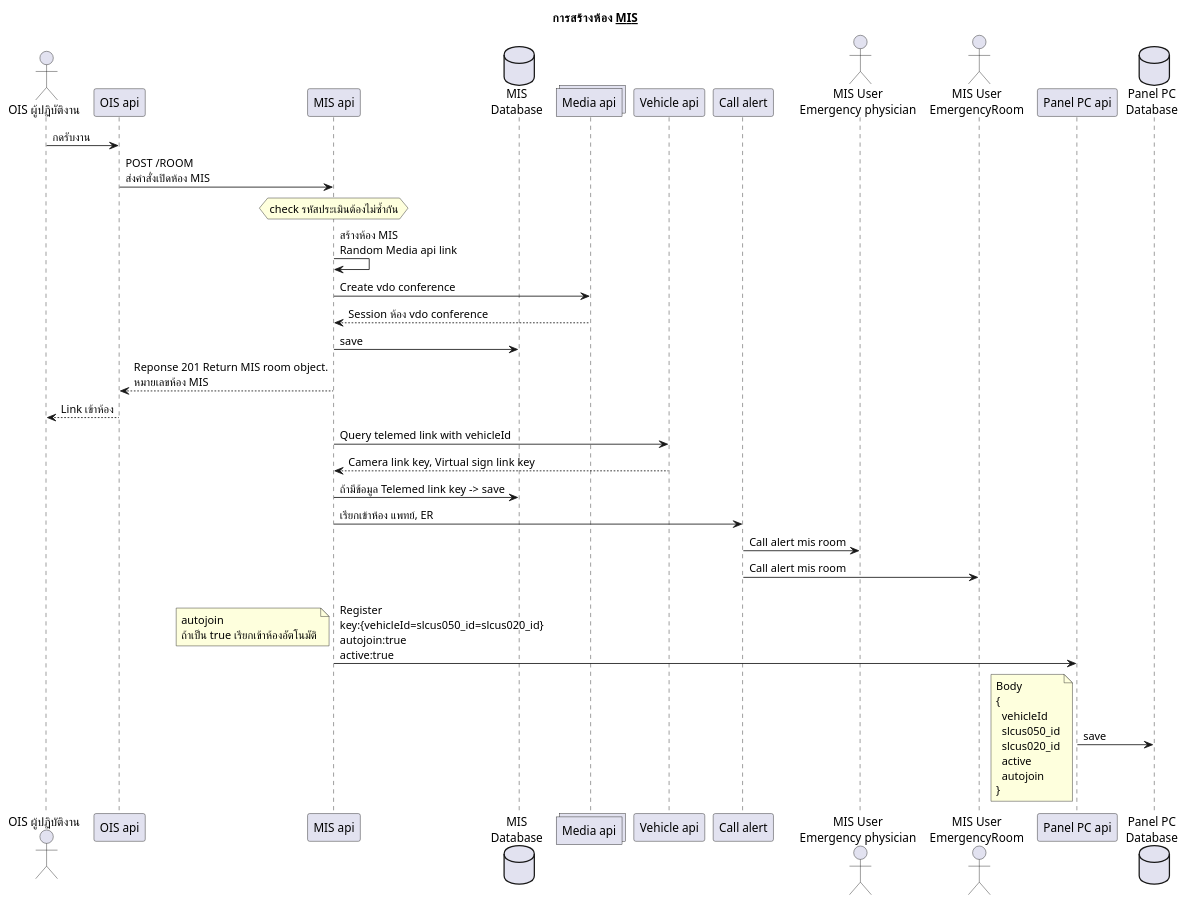
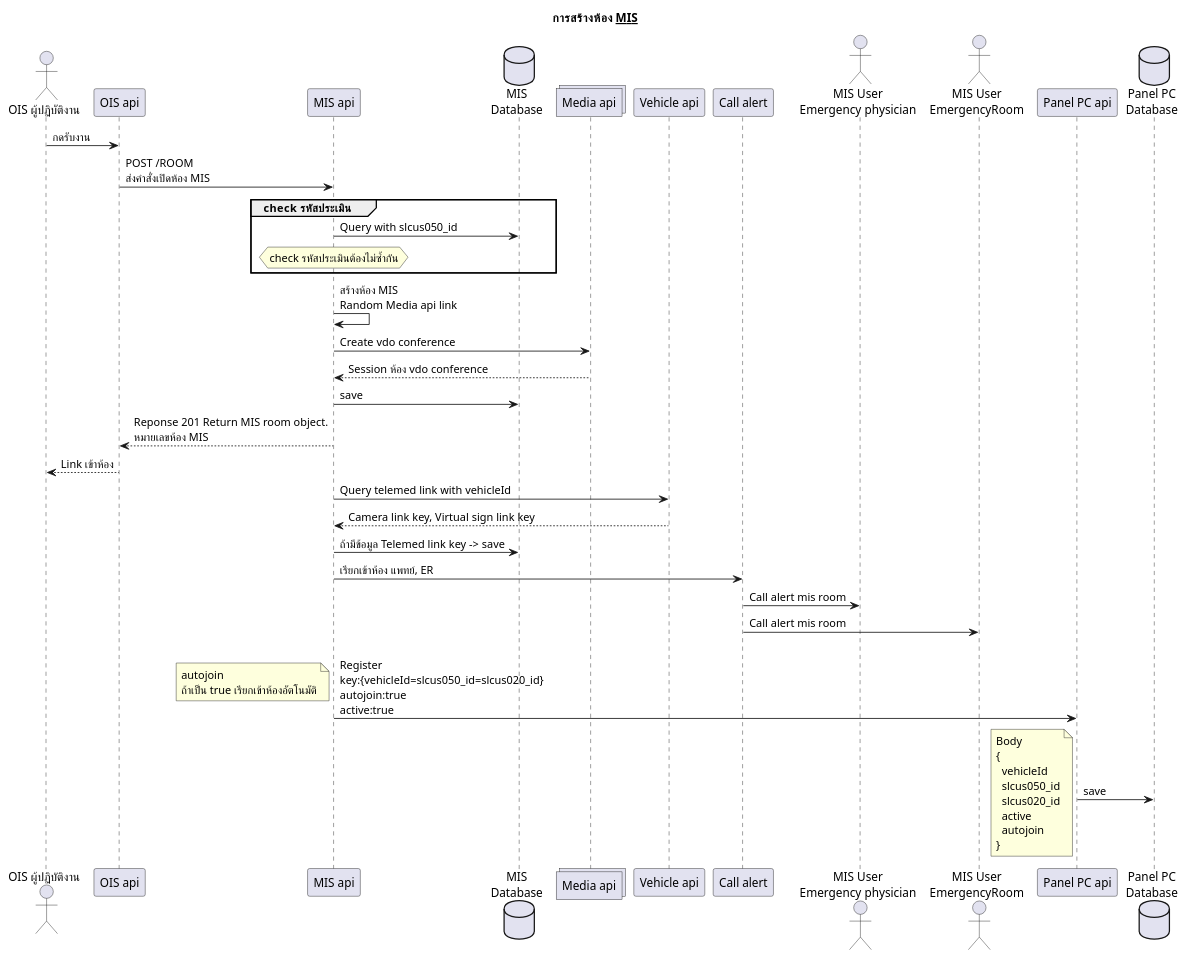
Before and after one commit to lionants02/mis-api-doc: the diagram in uml/new_create_mis.plantuml, drawn with PlantUML. The commit also changed 2 other files, not shown here.

```diff
--- a/uml/new_create_mis.plantuml
+++ b/uml/new_create_mis.plantuml
@@ -1,47 +1,49 @@
 @startuml
 Title การสร้างห้อง __MIS__
   actor "OIS ผู้ปฏิบัติงาน" as OIS
   OIS -> "OIS api": กดรับงาน
   "OIS api"-> "MIS api": POST /ROOM\nส่งคำสั่งเปิดห้อง MIS
 
-  hnote over "MIS api"
-    check รหัสประเมินต้องไม่ซ้ำกัน
-  endnote
+  database "MIS\nDatabase" as misdb
+  group check รหัสประเมิน
+    "MIS api" -> misdb: Query with slcus050_id
+    hnote over "MIS api"
+      check รหัสประเมินต้องไม่ซ้ำกัน
+    endnote
+  end
   "MIS api" -> "MIS api": สร้างห้อง MIS\nRandom Media api link
-
-  database "MIS\nDatabase" as misdb
 
   collections "Media api" as MediaApi
   "MIS api" -> MediaApi: Create vdo conference
   "MIS api" <-- MediaApi: Session ห้อง vdo conference
   "MIS api" -> misdb: save
 
   "OIS api"<-- "MIS api": Reponse 201 Return MIS room object.\nหมายเลขห้อง MIS
   OIS <-- "OIS api": Link เข้าห้อง
 
   "MIS api" -> "Vehicle api": Query telemed link with vehicleId
   "MIS api" <-- "Vehicle api": Camera link key, Virtual sign link key
   "MIS api" -> misdb: ถ้ามีข้อมูล Telemed link key -> save
   "MIS api" -> "Call alert": เรียกเข้าห้อง แพทย์, ER
 
   actor "MIS User\nEmergency physician" as MD
   actor "MIS User\nEmergencyRoom" as ER
 
   "Call alert" -> MD: Call alert mis room
   "Call alert" -> ER: Call alert mis room
 
   "MIS api" -> "Panel PC api": \nRegister\nkey:{vehicleId=slcus050_id=slcus020_id}\nautojoin:true\nactive:true
   note left: autojoin\nถ้าเป็น true เรียกเข้าห้องอัตโนมัติ
   database "Panel PC\nDatabase" as paneldb
   "Panel PC api" -> paneldb: save
   note left
     Body
     {
       vehicleId
       slcus050_id
       slcus020_id
       active
       autojoin
     }
   endnote
 @enduml
```
